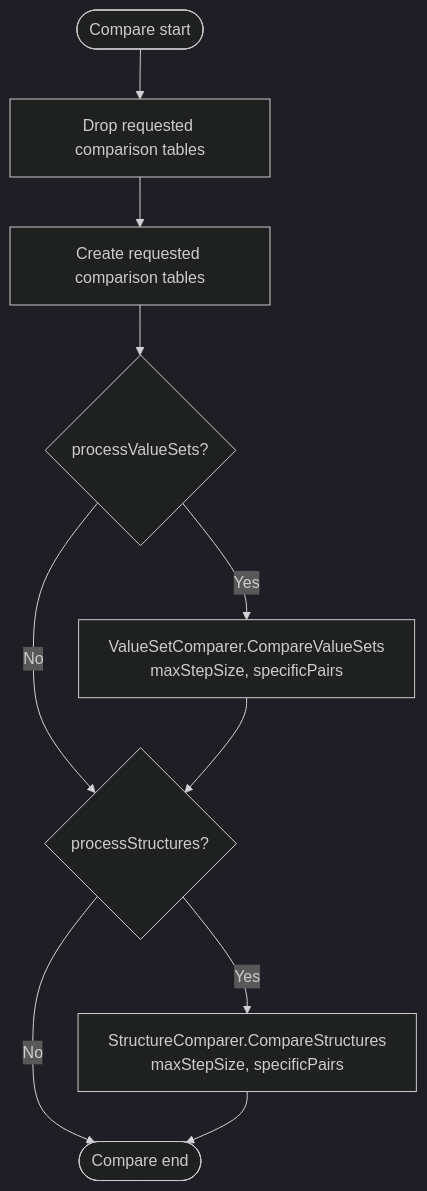
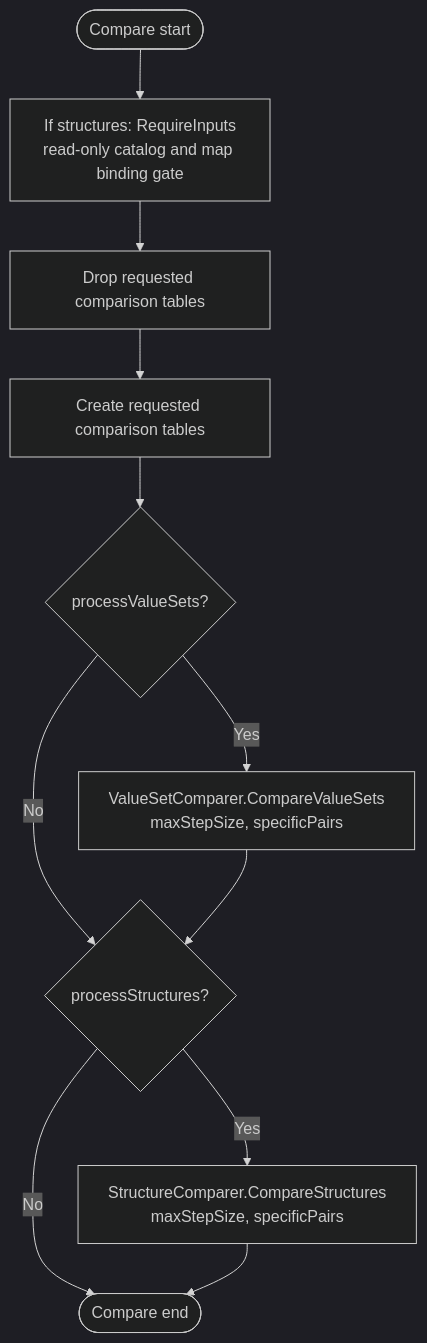
Before and after one commit to FHIR/fhir-codegen: the diagram in docs/specs/fhirdb-comparer-compare.md, drawn with Mermaid (dark theme). The commit also changed other lines of this file and 8 other files, not shown here.

````diff
--- a/docs/specs/fhirdb-comparer-compare.md
+++ b/docs/specs/fhirdb-comparer-compare.md
@@ -61,12 +62,13 @@
 ```mermaid
 flowchart TD
-    Start([Compare start]) --> Drop[Drop requested comparison tables]
+    Start([Compare start]) --> Ready[If structures: RequireInputs<br/>read-only catalog and map binding gate]
+    Ready --> Drop[Drop requested comparison tables]
     Drop --> Create[Create requested comparison tables]
     Create --> CheckVS{processValueSets?}
     CheckVS -->|Yes| RunVS[ValueSetComparer.CompareValueSets\nmaxStepSize, specificPairs]
     CheckVS -->|No| CheckSD{processStructures?}
     RunVS --> CheckSD
     CheckSD -->|Yes| RunSD[StructureComparer.CompareStructures\nmaxStepSize, specificPairs]
     CheckSD -->|No| End([Compare end])
     RunSD --> End
 ```
````
